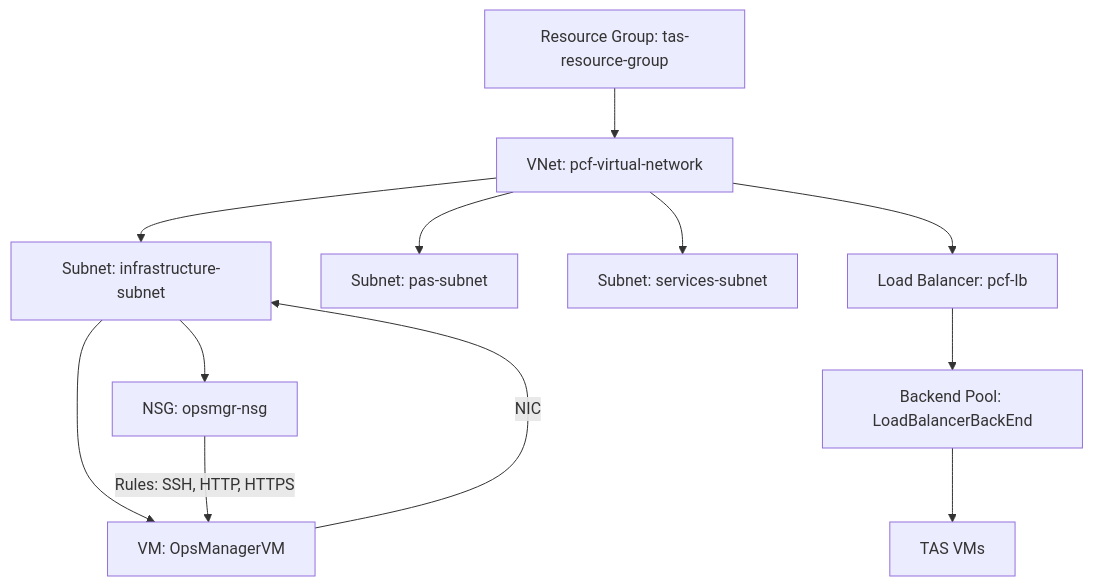
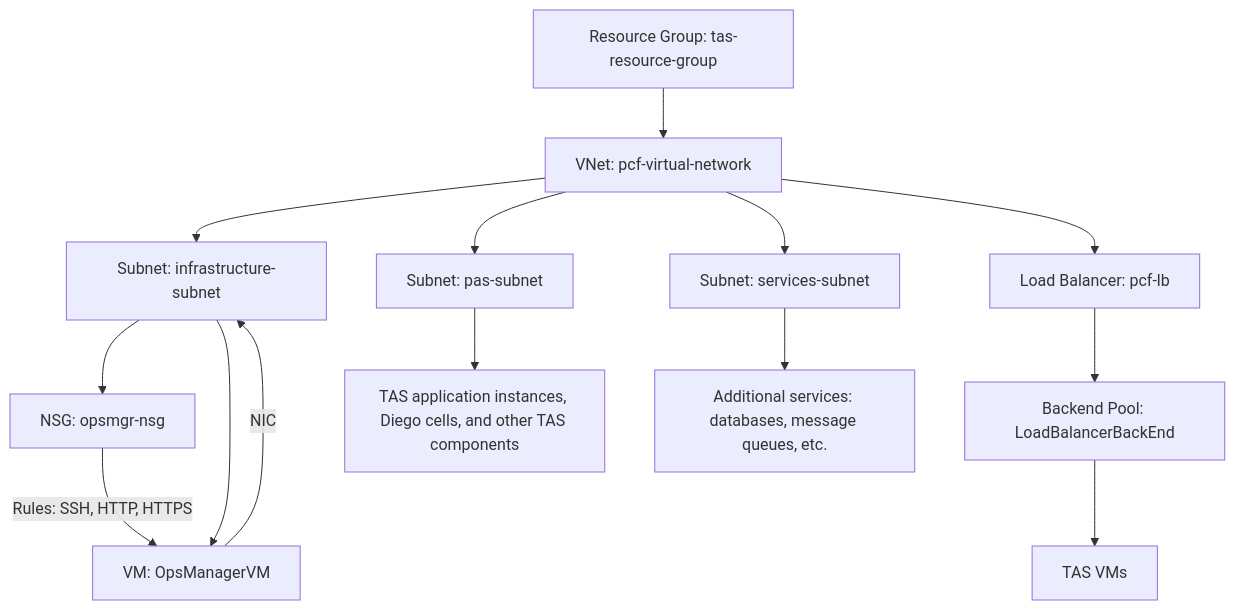
Before and after one commit to PradeepLoganathan/TAS-Azure-Install: the diagram in README.md, drawn with Mermaid. The commit also changed other lines of this file, not shown here.

````diff
--- a/README.md
+++ b/README.md
@@ -15,15 +15,17 @@
 ```mermaid
 graph TD
     A[Resource Group: tas-resource-group]
     A --> B[VNet: pcf-virtual-network]
     B --> C[Subnet: infrastructure-subnet]
     B --> D[Subnet: pas-subnet]
     B --> E[Subnet: services-subnet]
     C --> F[NSG: opsmgr-nsg]
     C --> G[VM: OpsManagerVM]
     G -->|NIC| C
     B --> H[Load Balancer: pcf-lb]
     H --> I[Backend Pool: LoadBalancerBackEnd]
     I --> J[TAS VMs]
     F -->|Rules: SSH, HTTP, HTTPS| G
+    D --> K[TAS application instances, Diego cells, and other TAS components]
+    E --> L[Additional services: databases, message queues, etc.]
 ```
````
